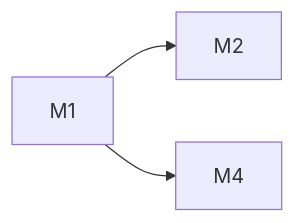
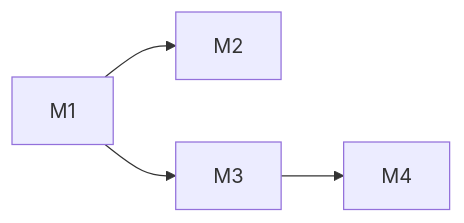
The diagram in docs/changes/feat-446-skill-view-tool/design.md (Mrchen116/nano-multiagent), drawn with Mermaid before and after one commit. The commit also changed other lines of this file and 8 other files, not shown here.

````diff
--- a/docs/changes/feat-446-skill-view-tool/design.md
+++ b/docs/changes/feat-446-skill-view-tool/design.md
@@ -453,5 +594,6 @@
 ```mermaid
 graph LR
   M1 --> M2
-  M1 --> M4
+  M1 --> M3
+  M3 --> M4
 ```
````
